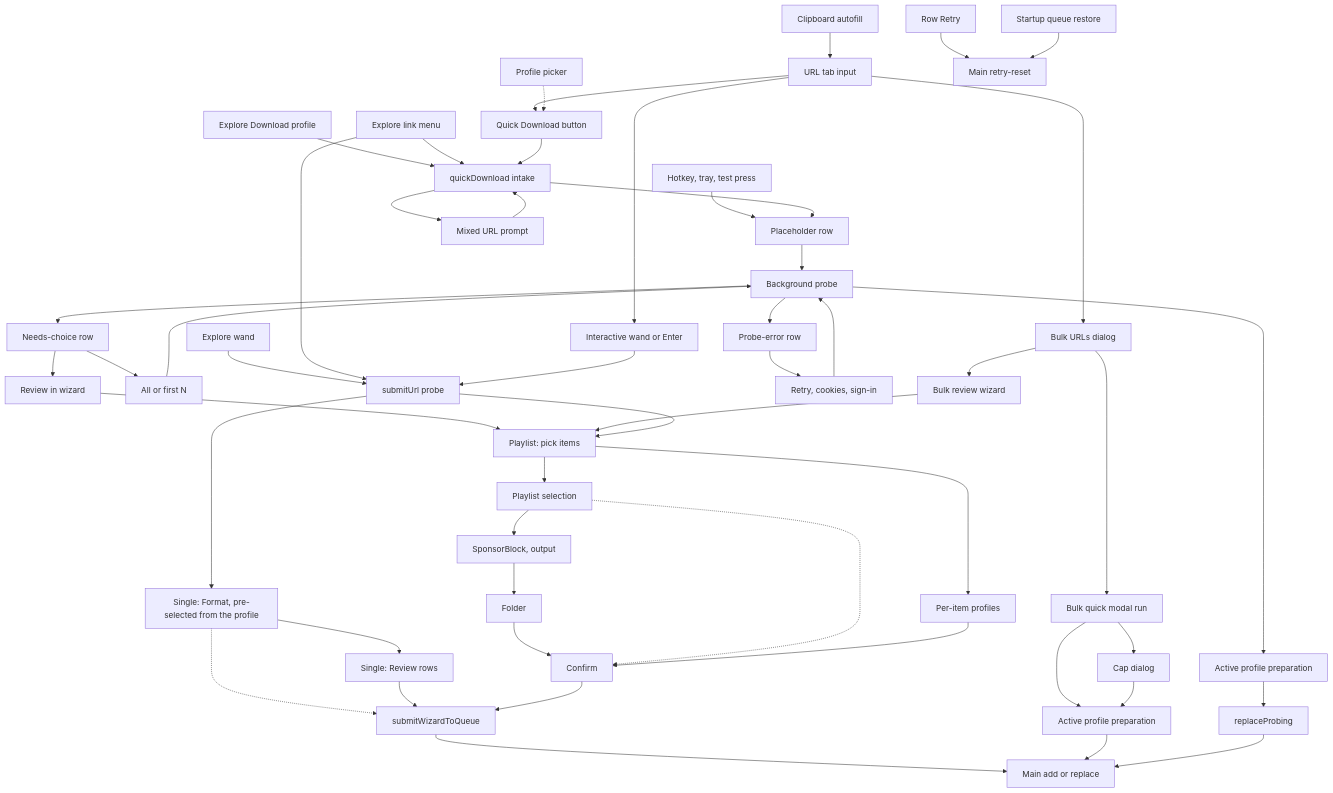
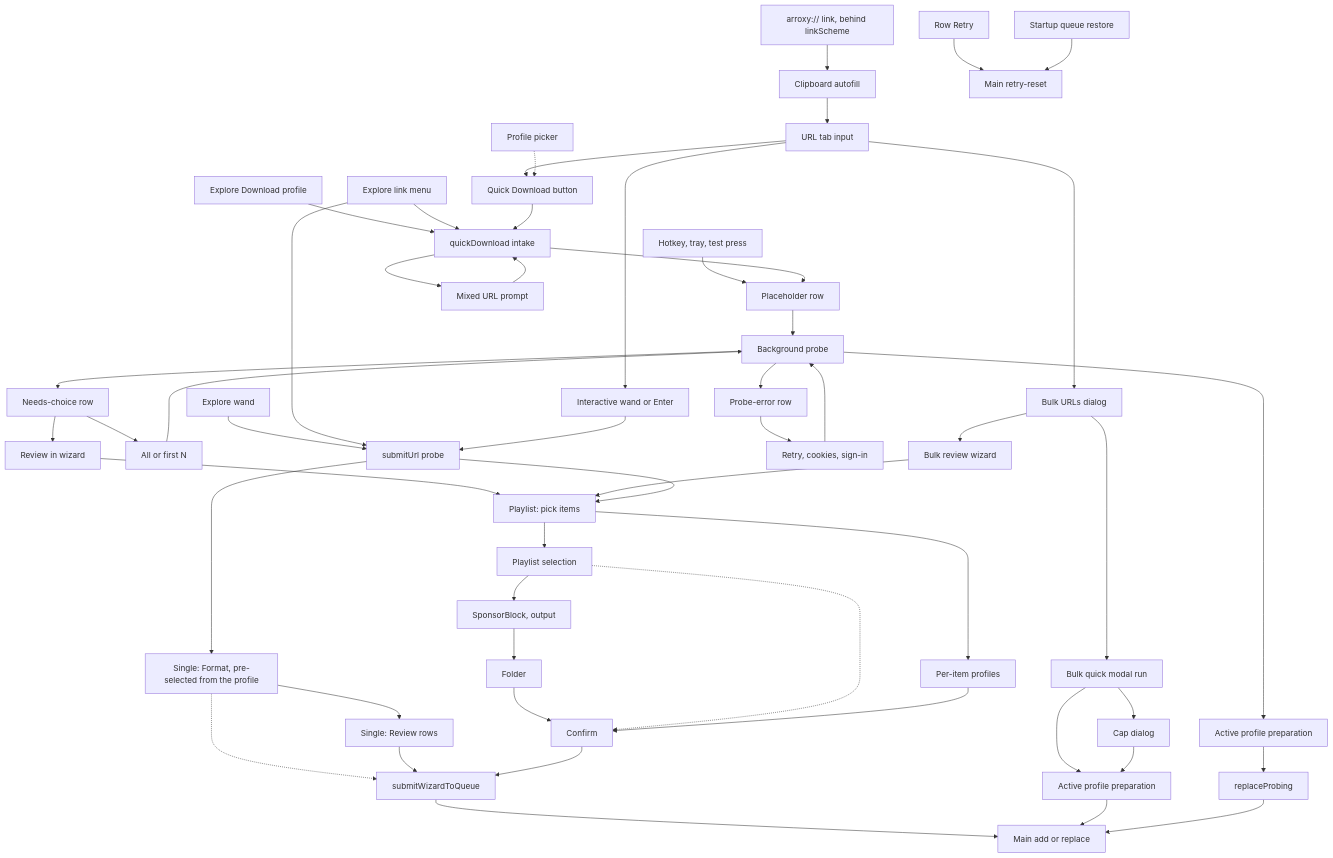
One commit to DragoonT/Arroxy changed the diagram in dev-docs/download-workflows.md. Above: the diagram before and after it, drawn with Mermaid. The commit also changed other lines of this file and 36 other files, not shown here.

First line of the commit message:
feat(link): arroxy:// links fill the URL field behind linkScheme (#577)

````diff
--- a/dev-docs/download-workflows.md
+++ b/dev-docs/download-workflows.md
@@ -30,44 +30,45 @@
 ```mermaid
 graph TD
   URL[URL tab input] --> QBTN[Quick Download button]
   URL --> WAND[Interactive wand or Enter]
   URL --> BULK[Bulk URLs dialog]
   CLIP[Clipboard autofill] --> URL
+  LINK[arroxy:// link, behind linkScheme] --> CLIP
   PICK[Profile picker] -.-> QBTN
   EXD[Explore Download profile] --> QD
   EXW[Explore wand] --> SU
   EXL[Explore link menu] --> QD
   EXL --> SU
   HK[Hotkey, tray, test press] --> PLC
   QBTN --> QD[quickDownload intake]
   QD --> MIX[Mixed URL prompt] --> QD
   QD --> PLC[Placeholder row]
   PLC --> PRB[Background probe]
   PRB --> APS[Active profile preparation]
   PRB --> NC[Needs-choice row]
   PRB --> PE[Probe-error row]
   NC --> ALL[All or first N] --> PRB
   NC --> REV[Review in wizard] --> WP
   PE --> RTY[Retry, cookies, sign-in] --> PRB
   APS --> SWAP[replaceProbing]
   BULK --> BQ[Bulk quick modal run] --> APS2[Active profile preparation]
   BQ --> CAP[Cap dialog] --> APS2
   BULK --> BW[Bulk review wizard] --> WP
   WAND --> SU[submitUrl probe]
   SU --> WS[Single: Format, pre-selected from the profile]
   WS --> RVW[Single: Review rows]
   WS -.-> SUB
   RVW --> SUB
   SU --> WP[Playlist: pick items]
   WP --> PP[Playlist selection]
   WP --> MPM[Per-item profiles]
   PP --> OPT[SponsorBlock, output]
   OPT --> FLD[Folder] --> CNF[Confirm]
   PP -.-> CNF
   MPM --> CNF
   CNF --> SUB[submitWizardToQueue] --> ADD[Main add or replace]
   APS2 --> ADD
   SWAP --> ADD
   DLR[Row Retry] --> MAIN[Main retry-reset]
   BOOT[Startup queue restore] --> MAIN
 ```
````
